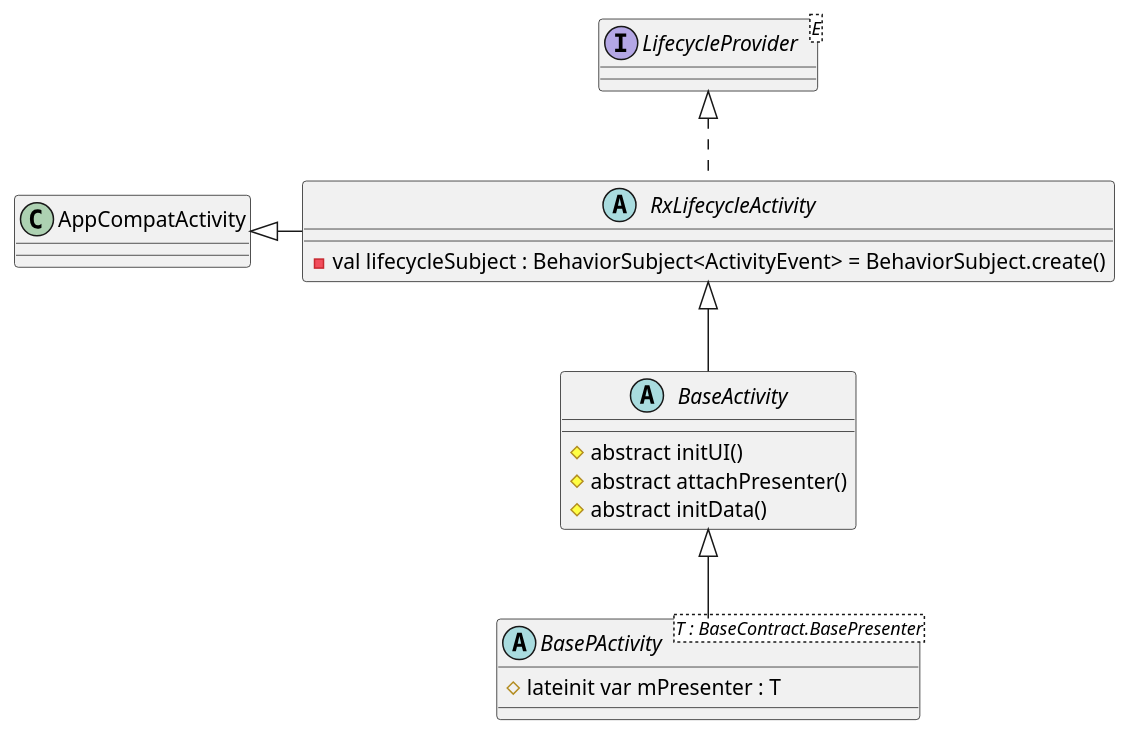
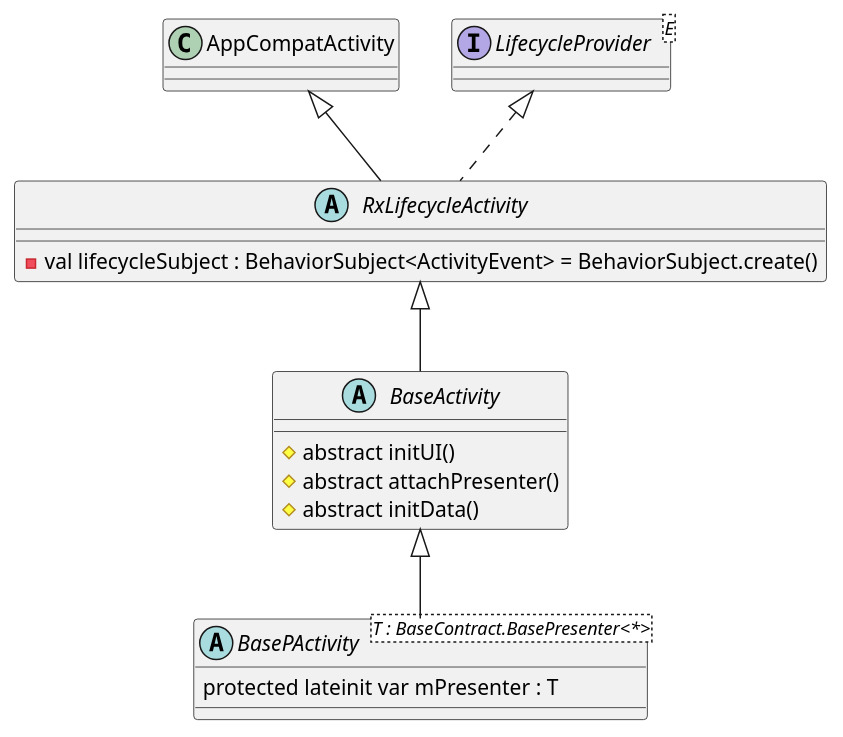
Before and after one commit to hackerlc/GearKJ: the diagram in app/uml/gearapp/BaseActivity.puml, drawn with PlantUML. The commit also changed 18 other files, not shown here.

```diff
--- a/app/uml/gearapp/BaseActivity.puml
+++ b/app/uml/gearapp/BaseActivity.puml
@@ -1,22 +1,22 @@
 @startuml
 
-AppCompatActivity <|- RxLifecycleActivity
+AppCompatActivity <|-- RxLifecycleActivity
 LifecycleProvider <|.. RxLifecycleActivity
 RxLifecycleActivity <|-- BaseActivity
 
 BaseActivity <|-- BasePActivity
 
 abstract class RxLifecycleActivity {
     -val lifecycleSubject : BehaviorSubject<ActivityEvent> = BehaviorSubject.create()
 }
 
-abstract class BasePActivity<T : BaseContract.BasePresenter>{
-    #lateinit var mPresenter : T
+abstract class BasePActivity<T : BaseContract.BasePresenter<*>>{
+    protected lateinit var mPresenter : T
 }
 abstract class BaseActivity{
     #abstract initUI()
     #abstract attachPresenter()
     #abstract initData()
 }
 interface LifecycleProvider<E>
 @enduml
```
